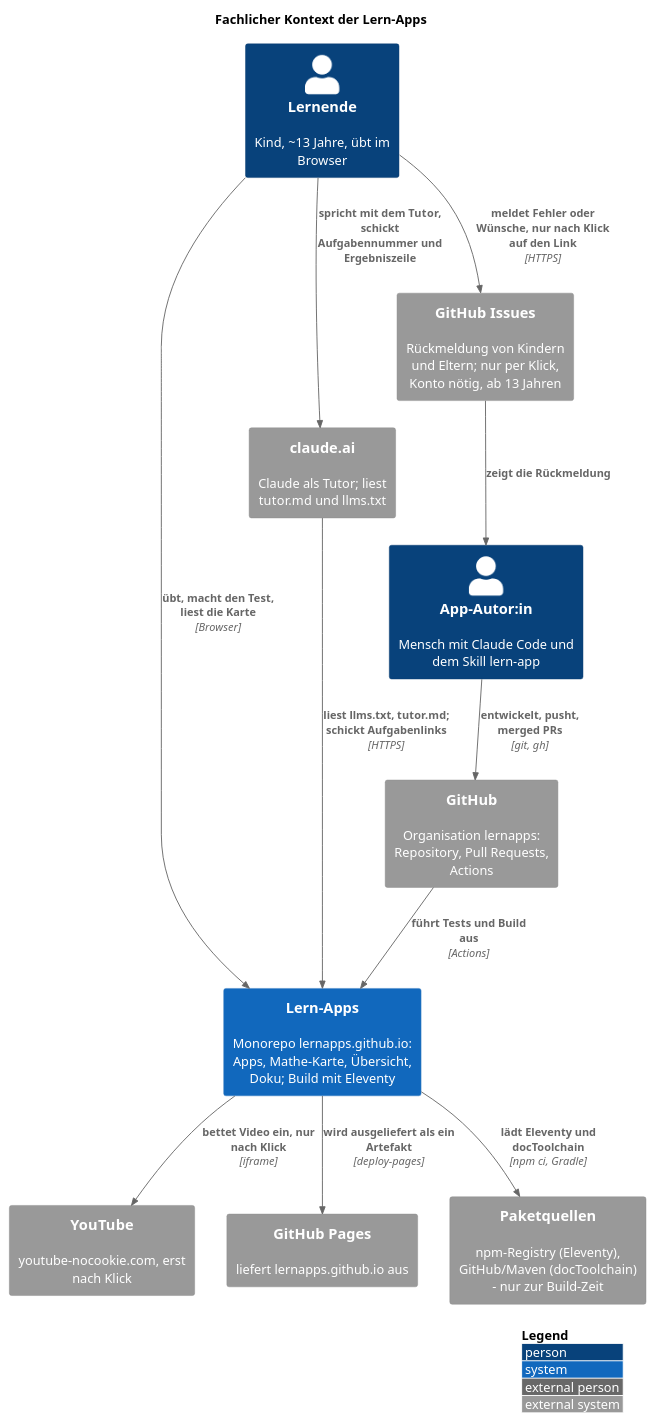
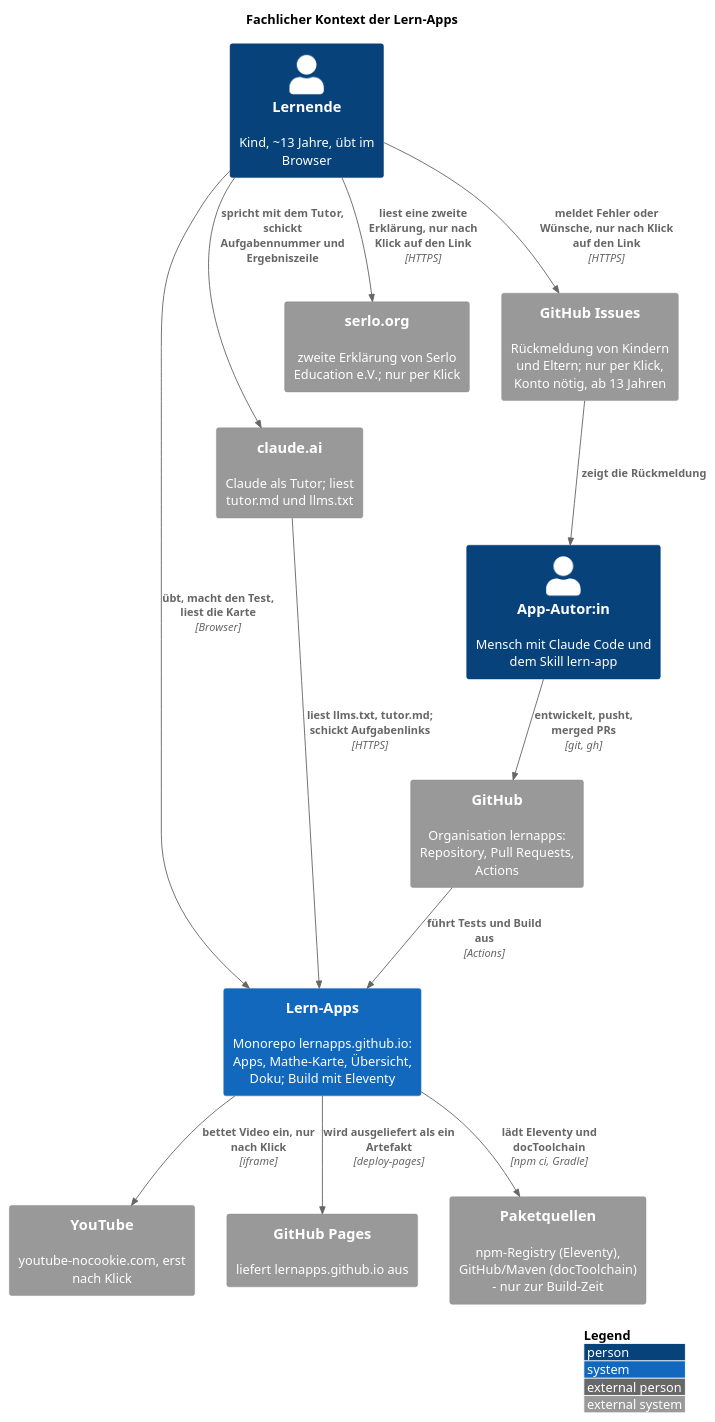
The diagram in src/docs/arc42/chapters/03_context_and_scope.adoc (lernapps/lernapps.github.io), drawn with PlantUML before and after one commit. The commit also changed other lines of this file and 11 other files, not shown here.

First line of the commit message:
docs: serlo.org als Nachbar, ADR-020 keine Volltextsuche, alte Repos gelöscht

```diff
--- a/src/docs/arc42/chapters/03_context_and_scope.adoc
+++ b/src/docs/arc42/chapters/03_context_and_scope.adoc
@@ -24,31 +24,33 @@
 [plantuml, target=kontext-fachlich, format=svg]
 ....
 @startuml
 !include <C4/C4_Context>
 LAYOUT_WITH_LEGEND()
 title Fachlicher Kontext der Lern-Apps
 
 Person(kind, "Lernende", "Kind, ~13 Jahre, übt im Browser")
 Person(autor, "App-Autor:in", "Mensch mit Claude Code und dem Skill lern-app")
 
 System(lernapps, "Lern-Apps", "Monorepo lernapps.github.io: Apps, Mathe-Karte, Übersicht, Doku; Build mit Eleventy")
 
 System_Ext(claude, "claude.ai", "Claude als Tutor; liest tutor.md und llms.txt")
 System_Ext(youtube, "YouTube", "youtube-nocookie.com, erst nach Klick")
+System_Ext(serlo, "serlo.org", "zweite Erklärung von Serlo Education e.V.; nur per Klick")
 System_Ext(github, "GitHub", "Organisation lernapps: Repository, Pull Requests, Actions")
 System_Ext(issues, "GitHub Issues", "Rückmeldung von Kindern und Eltern; nur per Klick, Konto nötig, ab 13 Jahren")
 System_Ext(pages, "GitHub Pages", "liefert lernapps.github.io aus")
 System_Ext(pakete, "Paketquellen", "npm-Registry (Eleventy), GitHub/Maven (docToolchain) – nur zur Build-Zeit")
 
 Rel(kind, lernapps, "übt, macht den Test, liest die Karte", "Browser")
 Rel(kind, claude, "spricht mit dem Tutor, schickt Aufgabennummer und Ergebniszeile")
 Rel(claude, lernapps, "liest llms.txt, tutor.md; schickt Aufgabenlinks", "HTTPS")
 Rel(lernapps, youtube, "bettet Video ein, nur nach Klick", "iframe")
 Rel(kind, issues, "meldet Fehler oder Wünsche, nur nach Klick auf den Link", "HTTPS")
+Rel(kind, serlo, "liest eine zweite Erklärung, nur nach Klick auf den Link", "HTTPS")
 Rel(issues, autor, "zeigt die Rückmeldung")
 Rel(autor, github, "entwickelt, pusht, merged PRs", "git, gh")
 Rel(github, lernapps, "führt Tests und Build aus", "Actions")
 Rel(lernapps, pakete, "lädt Eleventy und docToolchain", "npm ci, Gradle")
 Rel(lernapps, pages, "wird ausgeliefert als ein Artefakt", "deploy-pages")
 @enduml
 ....
```
